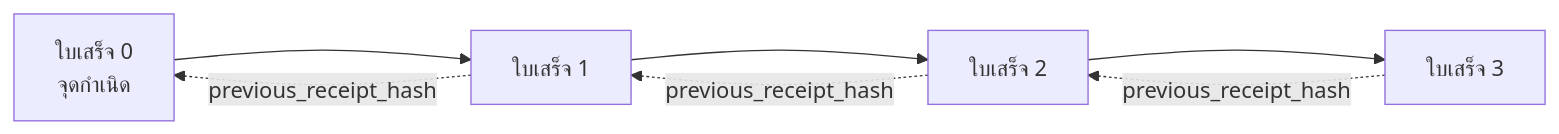
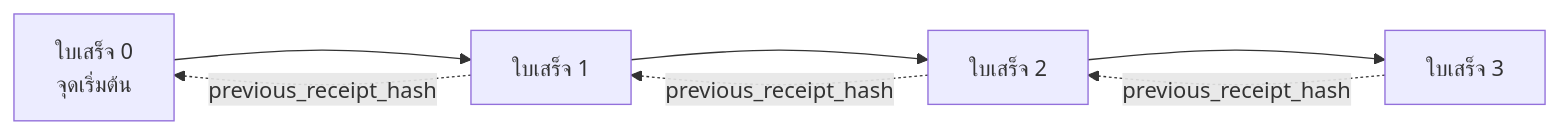
One commit to microsoft/ai-agents-for-beginners changed the second of 2 diagrams in translations/th/18-securing-ai-agents/README.md. Above: the diagram before and after it, drawn with Mermaid. The commit also changed other lines of this file and 227 other files, not shown here.

````diff
--- a/translations/th/18-securing-ai-agents/README.md
+++ b/translations/th/18-securing-ai-agents/README.md
@@ -206,9 +206,9 @@
 ```mermaid
 flowchart LR
-    R0[ใบเสร็จ 0<br/>จุดกำเนิด] --> R1[ใบเสร็จ 1]
+    R0[ใบเสร็จ 0<br/>จุดเริ่มต้น] --> R1[ใบเสร็จ 1]
     R1 --> R2[ใบเสร็จ 2]
     R2 --> R3[ใบเสร็จ 3]
     R1 -. previous_receipt_hash .-> R0
     R2 -. previous_receipt_hash .-> R1
     R3 -. previous_receipt_hash .-> R2
 ```
````
